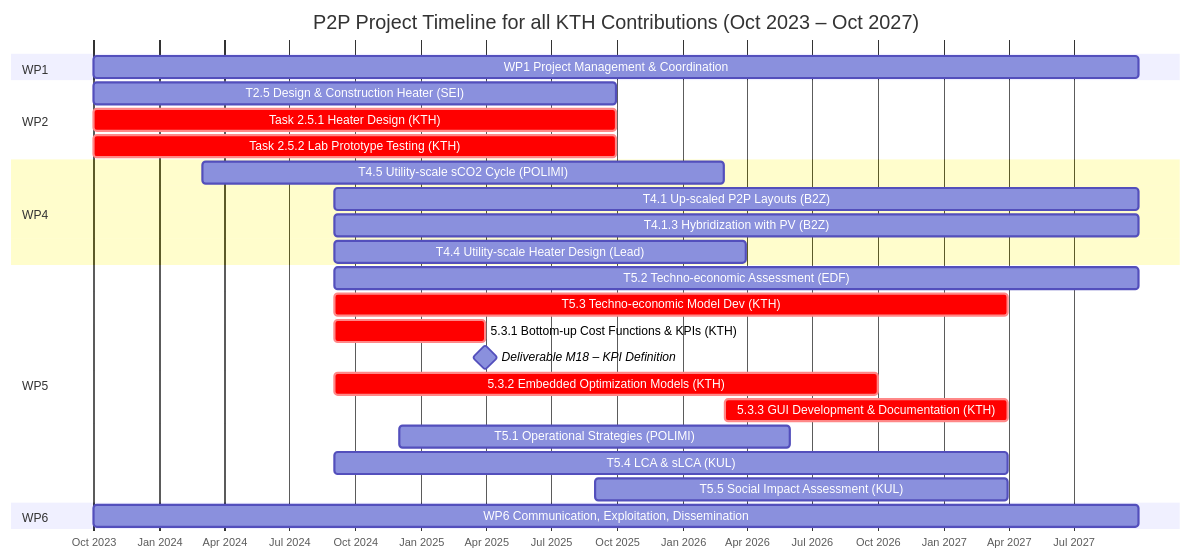
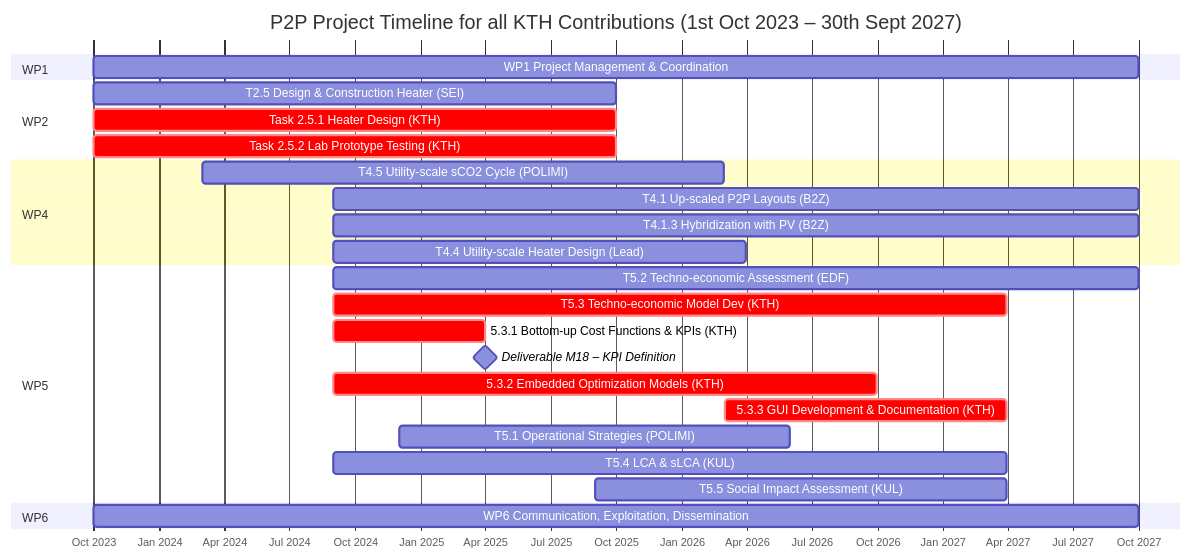
Before and after one commit to sarabjorkegren/Diverse: the diagram in README.md, drawn with Mermaid.

Commit message:
Update project timeline dates in README.md

````diff
--- a/README.md
+++ b/README.md
@@ -3,40 +3,39 @@
 ```mermaid
 gantt
-    title P2P Project Timeline for all KTH Contributions (Oct 2023 – Oct 2027)
+    title P2P Project Timeline for all KTH Contributions (1st Oct 2023 – 30th Sept 2027)
     dateFormat  YYYY-MM-DD
     axisFormat  %b %Y
 
     %% =========================
     section WP1 
-    WP1 Project Management & Coordination :wp1, 2023-10-01, 2027-09-30
+    WP1 Project Management & Coordination :wp1, 2023-10-01, 2027-10-01
 
     %% =========================
     section WP2 
     T2.5 Design & Construction Heater (SEI) :wp2a, 2023-10-01, 2025-09-30
     Task 2.5.1 Heater Design (KTH) :crit, wp2b, 2023-10-01, 2025-09-30
     Task 2.5.2 Lab Prototype Testing (KTH) :crit, wp2c, 2023-10-01, 2025-09-30
 
     %% =========================
     section WP4 
     T4.5 Utility-scale sCO2 Cycle (POLIMI) :wp4a, 2024-03-01, 2026-02-28
-    T4.1 Up-scaled P2P Layouts (B2Z) :wp4b, 2024-09-01, 2027-09-30
-    T4.1.3 Hybridization with PV (B2Z) :wp4c, 2024-09-01, 2027-09-30
+    T4.1 Up-scaled P2P Layouts (B2Z) :wp4b, 2024-09-01, 2027-10-01
+    T4.1.3 Hybridization with PV (B2Z) :wp4c, 2024-09-01, 2027-10-01
     T4.4 Utility-scale Heater Design (Lead) :wp4d, 2024-09-01, 2026-03-31
 
     %% =========================
     section WP5 
-    T5.2 Techno-economic Assessment (EDF) :wp5a, 2024-09-01, 2027-09-30
+    T5.2 Techno-economic Assessment (EDF) :wp5a, 2024-09-01, 2027-10-01
     T5.3 Techno-economic Model Dev (KTH) :crit, wp5b, 2024-09-01, 2027-03-31
     5.3.1 Bottom-up Cost Functions & KPIs (KTH) :crit, wp5c, 2024-09-01, 2025-03-31
     Deliverable M18 – KPI Definition :milestone, m18, 2025-03-31, 0d
     5.3.2 Embedded Optimization Models (KTH) :crit, wp5d, 2024-09-01, 2026-09-30
     5.3.3 GUI Development & Documentation (KTH) :crit, wp5e, 2026-03-01, 2027-03-31
     T5.1 Operational Strategies (POLIMI) :wp5f, 2024-12-01, 2026-05-31
     T5.4 LCA & sLCA (KUL) :wp5g, 2024-09-01, 2027-03-31
     T5.5 Social Impact Assessment (KUL) :wp5h, 2025-09-01, 2027-03-31
 
     %% =========================
     section WP6 
-    WP6 Communication, Exploitation, Dissemination:wp6a, 2023-10-01, 2027-09-30
- 
+    WP6 Communication, Exploitation, Dissemination :wp6a, 2023-10-01, 2027-10-01
 ```
````
